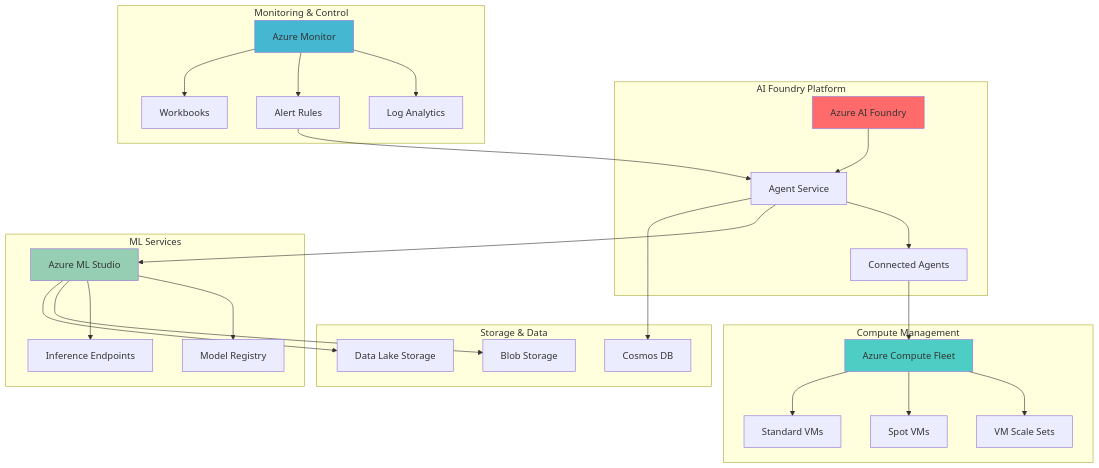
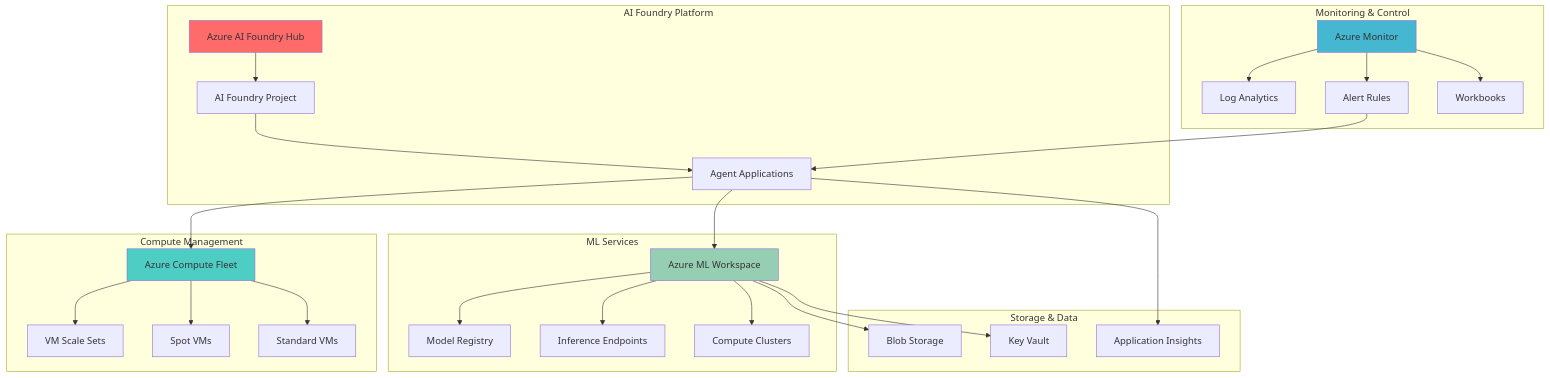
One commit to mzazon/awesome-cloud-projects changed the diagram in azure/adaptive-ml-model-scaling-ai-foundry-compute-fleet/adaptive-ml-model-scaling-ai-foundry-compute-fleet.md. Above: the diagram before and after it, drawn with Mermaid. The commit also changed other lines of this file and 5581 other files, not shown here.

````diff
--- a/azure/adaptive-ml-model-scaling-ai-foundry-compute-fleet/adaptive-ml-model-scaling-ai-foundry-compute-fleet.md
+++ b/azure/adaptive-ml-model-scaling-ai-foundry-compute-fleet/adaptive-ml-model-scaling-ai-foundry-compute-fleet.md
@@ -30,59 +30,61 @@
 ```mermaid
 graph TB
     subgraph "AI Foundry Platform"
-        AIF[Azure AI Foundry]
-        AS[Agent Service]
-        CO[Connected Agents]
+        AIF[Azure AI Foundry Hub]
+        PROJ[AI Foundry Project]
+        AGENT[Agent Applications]
     end
     
     subgraph "Compute Management"
         ACF[Azure Compute Fleet]
         VMSS[VM Scale Sets]
         SPOT[Spot VMs]
         STD[Standard VMs]
     end
     
     subgraph "ML Services"
-        AML[Azure ML Studio]
+        AML[Azure ML Workspace]
         MODELS[Model Registry]
         ENDPOINTS[Inference Endpoints]
+        COMPUTE[Compute Clusters]
     end
     
     subgraph "Monitoring & Control"
         AM[Azure Monitor]
         LAW[Log Analytics]
         ALERTS[Alert Rules]
         DASH[Workbooks]
     end
     
     subgraph "Storage & Data"
         BLOB[Blob Storage]
-        ADLS[Data Lake Storage]
-        COSMOS[Cosmos DB]
+        KV[Key Vault]
+        APPINS[Application Insights]
     end
     
-    AIF --> AS
-    AS --> CO
-    CO --> ACF
+    AIF --> PROJ
+    PROJ --> AGENT
+    AGENT --> ACF
     ACF --> VMSS
     ACF --> SPOT
     ACF --> STD
     
-    AS --> AML
+    AGENT --> AML
     AML --> MODELS
     AML --> ENDPOINTS
+    AML --> COMPUTE
     
     AM --> LAW
     AM --> ALERTS
     AM --> DASH
-    ALERTS --> AS
+    ALERTS --> AGENT
     
     AML --> BLOB
-    AML --> ADLS
-    AS --> COSMOS
+    AML --> KV
+    AGENT --> APPINS
     
     style AIF fill:#FF6B6B
     style ACF fill:#4ECDC4
     style AM fill:#45B7D1
     style AML fill:#96CEB4
 ```
````
